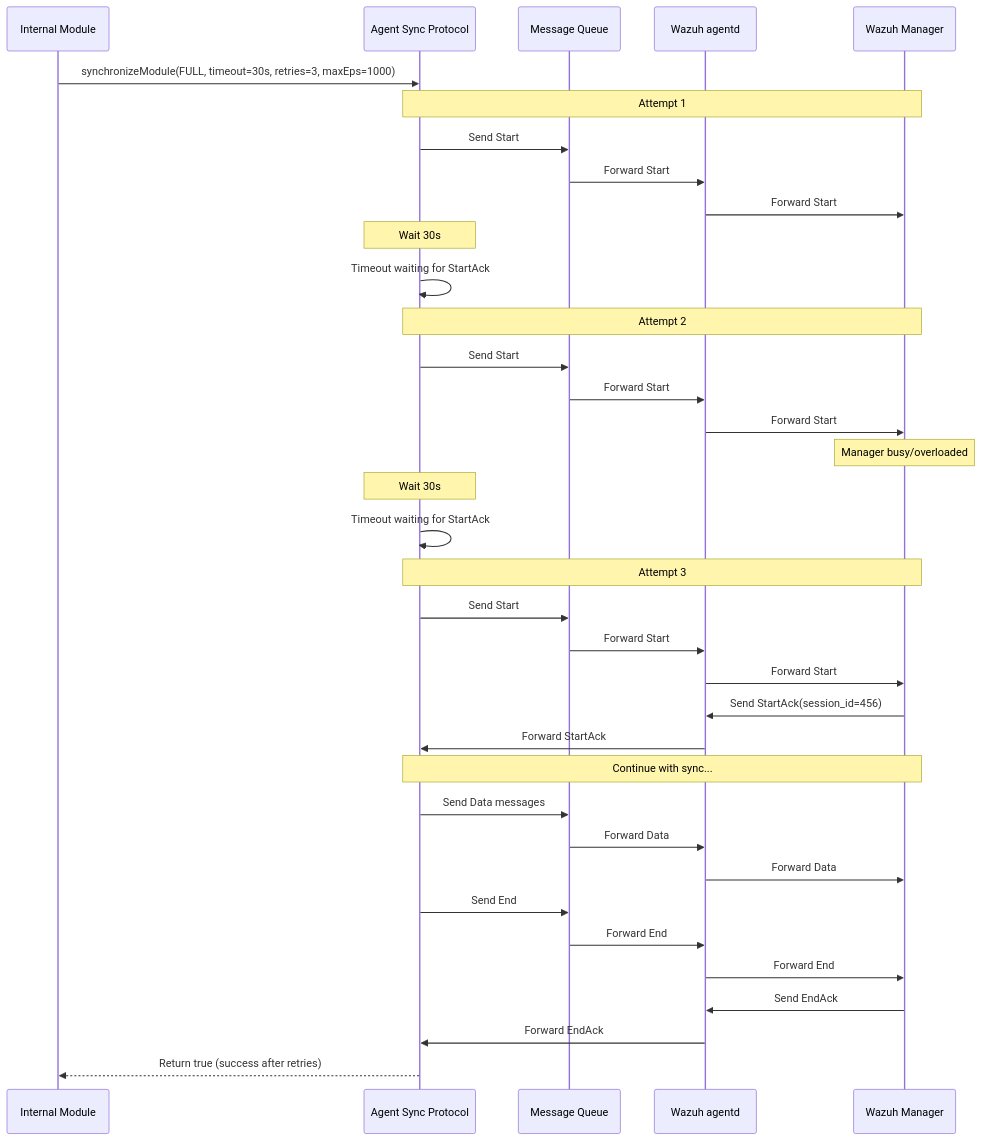
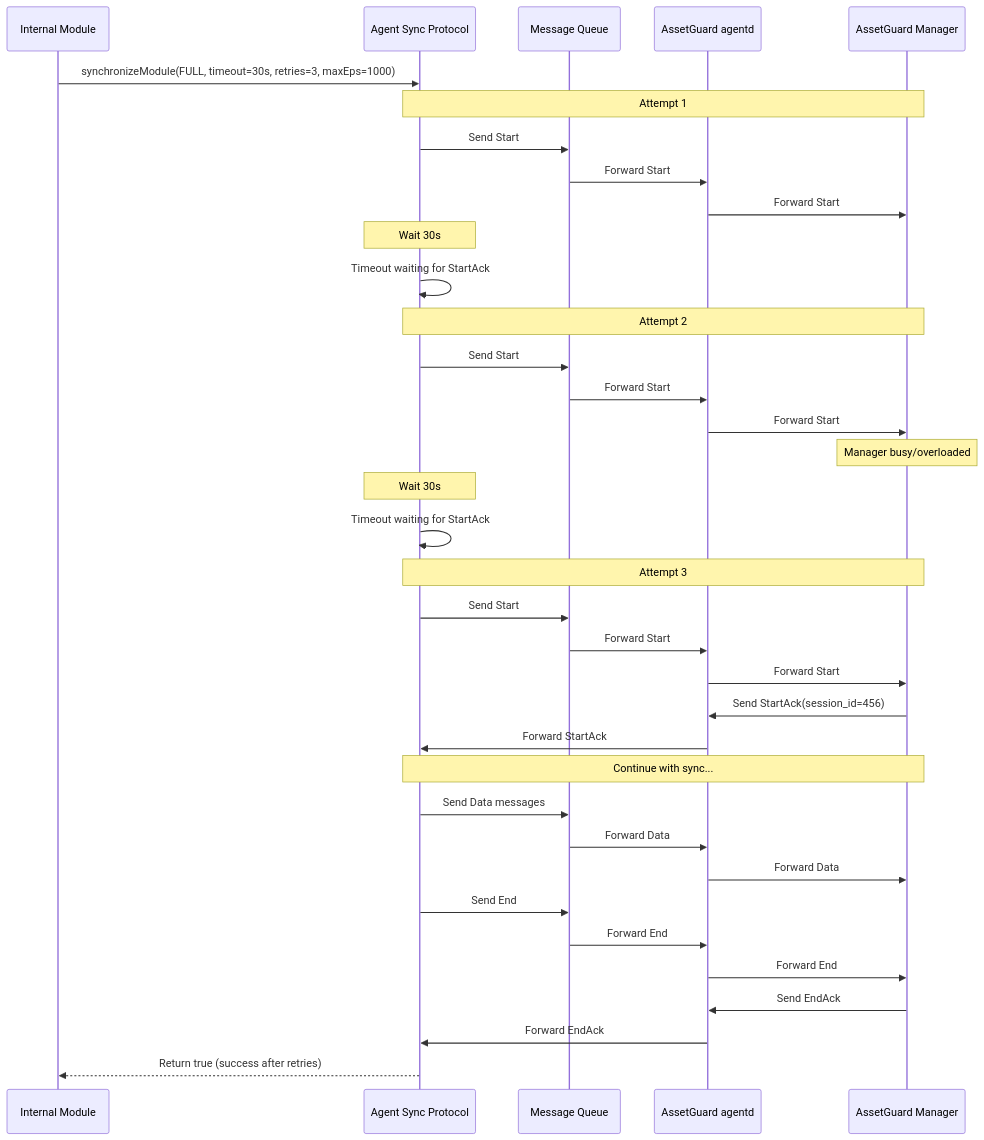
The sixth of 12 diagrams in docs/ref/modules/utils/sync-protocol/sequence-diagrams.md (Ghostofpotato/AssetGuard), drawn with Mermaid before and after one commit. The commit also changed other lines of this file and 4032 other files, not shown here.

First line of the commit message:
Rebrand: replace all Wazuh references with AssetGuard

````diff
--- a/docs/ref/modules/utils/sync-protocol/sequence-diagrams.md
+++ b/docs/ref/modules/utils/sync-protocol/sequence-diagrams.md
@@ -204,44 +204,44 @@
 ```mermaid
 sequenceDiagram
     participant Module as Internal Module
     participant ASP as Agent Sync Protocol
     participant MQ as Message Queue
-    participant AD as Wazuh agentd
-    participant Manager as Wazuh Manager
+    participant AD as AssetGuard agentd
+    participant Manager as AssetGuard Manager
 
     Module->>ASP: synchronizeModule(FULL, timeout=30s, retries=3, maxEps=1000)
 
     Note over ASP,Manager: Attempt 1
     ASP->>MQ: Send Start
     MQ->>AD: Forward Start
     AD->>Manager: Forward Start
     Note over ASP: Wait 30s
     ASP->>ASP: Timeout waiting for StartAck
 
     Note over ASP,Manager: Attempt 2
     ASP->>MQ: Send Start
     MQ->>AD: Forward Start
     AD->>Manager: Forward Start
     Note over Manager: Manager busy/overloaded
     Note over ASP: Wait 30s
     ASP->>ASP: Timeout waiting for StartAck
 
     Note over ASP,Manager: Attempt 3
     ASP->>MQ: Send Start
     MQ->>AD: Forward Start
     AD->>Manager: Forward Start
     Manager->>AD: Send StartAck(session_id=456)
     AD->>ASP: Forward StartAck
 
     Note over ASP,Manager: Continue with sync...
     ASP->>MQ: Send Data messages
     MQ->>AD: Forward Data
     AD->>Manager: Forward Data
     ASP->>MQ: Send End
     MQ->>AD: Forward End
     AD->>Manager: Forward End
     Manager->>AD: Send EndAck
     AD->>ASP: Forward EndAck
 
     ASP-->>Module: Return true (success after retries)
 ```
````
